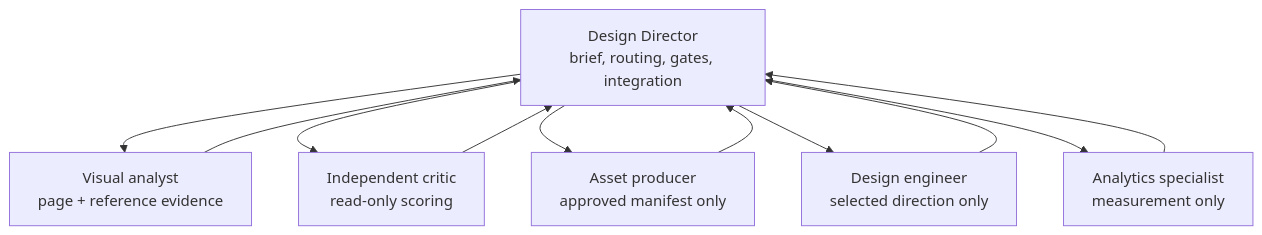
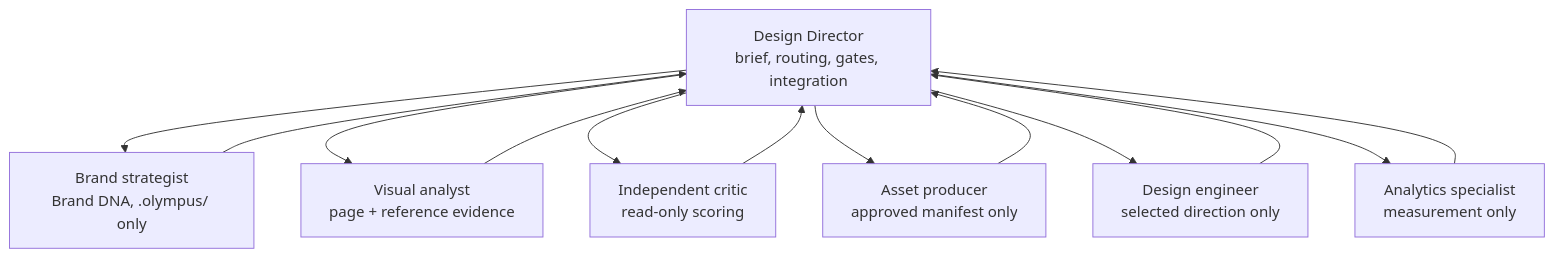
One commit to RustamG16/Apollo changed the second of 2 diagrams in ARCHITECTURE.md. Above: the diagram before and after it, drawn with Mermaid. The commit also changed other lines of this file and 57 other files, not shown here.

````diff
--- a/ARCHITECTURE.md
+++ b/ARCHITECTURE.md
@@ -48,19 +51,22 @@
 ```mermaid
 flowchart TB
     DD["Design Director\nbrief, routing, gates, integration"]
+    BS["Brand strategist\nBrand DNA, .olympus/ only"]
     VA["Visual analyst\npage + reference evidence"]
     CR["Independent critic\nread-only scoring"]
     AP["Asset producer\napproved manifest only"]
     DE["Design engineer\nselected direction only"]
     AN["Analytics specialist\nmeasurement only"]
+    DD --> BS
+    BS --> DD
     DD --> VA
     VA --> DD
     DD --> CR
     CR --> DD
     DD --> AP
     AP --> DD
     DD --> DE
     DE --> DD
     DD --> AN
     AN --> DD
 ```
````
